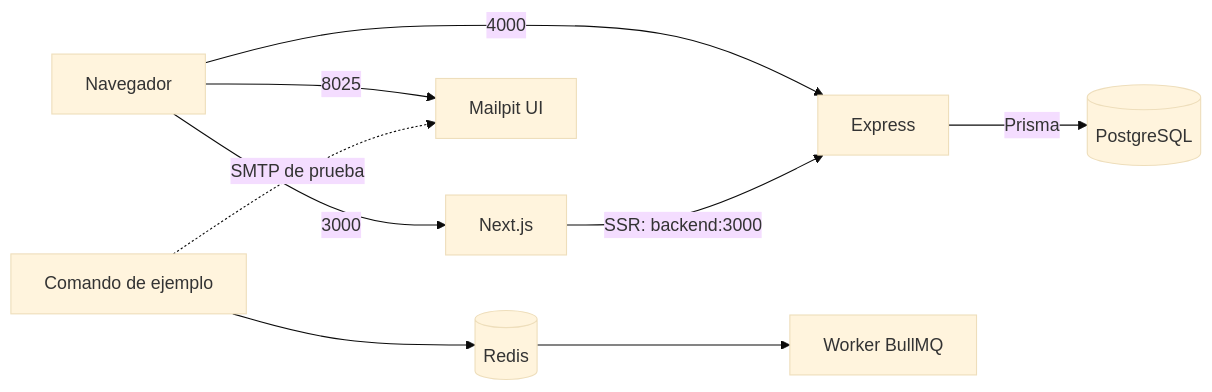
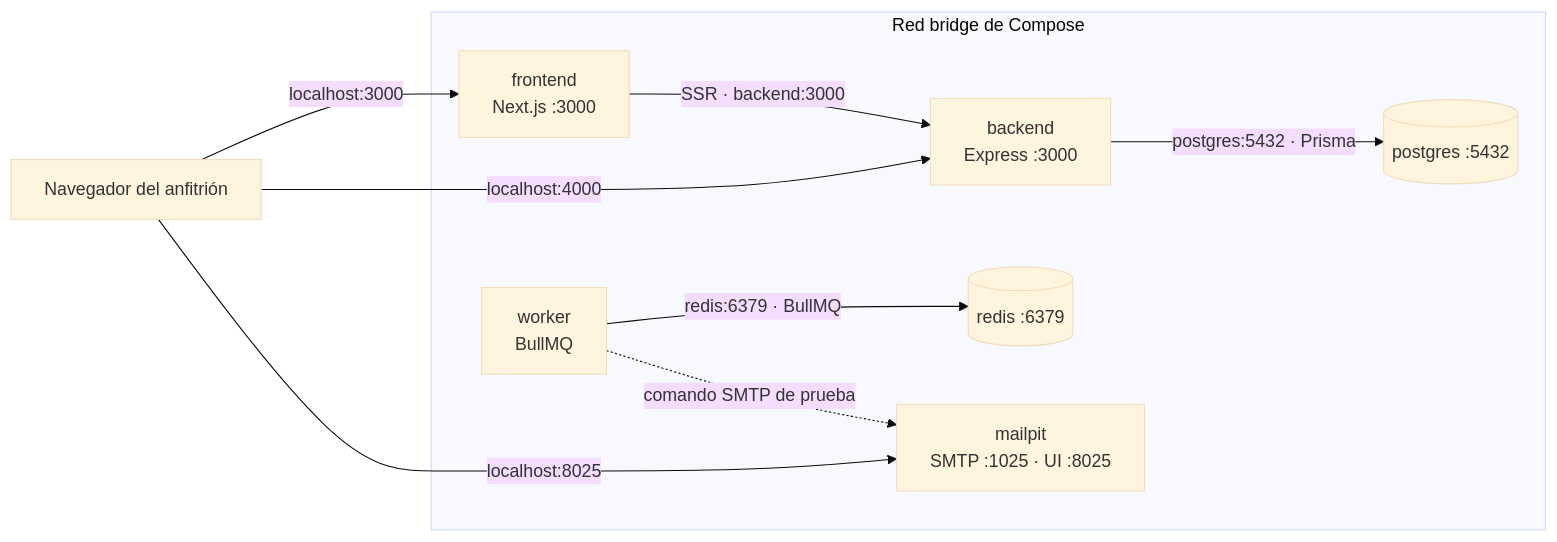
Before and after one commit to sadamlg/pern-template: the diagram in docs/docker/COMPOSE.md, drawn with Mermaid (base theme). The commit also changed other lines of this file, not shown here.

Commit message:
docs: restore detailed Compose construction guide

````diff
--- a/docs/docker/COMPOSE.md
+++ b/docs/docker/COMPOSE.md
@@ -15,11 +16,20 @@
 ```mermaid
 flowchart LR
-  browser[Navegador] -->|3000| frontend[Next.js]
-  browser -->|4000| backend[Express]
-  browser -->|8025| mailpit[Mailpit UI]
-  frontend -->|SSR: backend:3000| backend
-  backend -->|Prisma| postgres[(PostgreSQL)]
-  demo[Comando de ejemplo] --> redis[(Redis)]
-  redis --> worker[Worker BullMQ]
-  demo -. SMTP de prueba .-> mailpit
+    Browser["Navegador del anfitrión"]
+    subgraph Compose["Red bridge de Compose"]
+        Frontend["frontend<br/>Next.js :3000"]
+        Backend["backend<br/>Express :3000"]
+        PostgreSQL[("postgres :5432")]
+        Redis[("redis :6379")]
+        Worker["worker<br/>BullMQ"]
+        Mailpit["mailpit<br/>SMTP :1025 · UI :8025"]
+    end
+
+    Browser -->|"localhost:3000"| Frontend
+    Browser -->|"localhost:4000"| Backend
+    Browser -->|"localhost:8025"| Mailpit
+    Frontend -->|"SSR · backend:3000"| Backend
+    Backend -->|"postgres:5432 · Prisma"| PostgreSQL
+    Worker -->|"redis:6379 · BullMQ"| Redis
+    Worker -.->|"comando SMTP de prueba"| Mailpit
 ```
````
